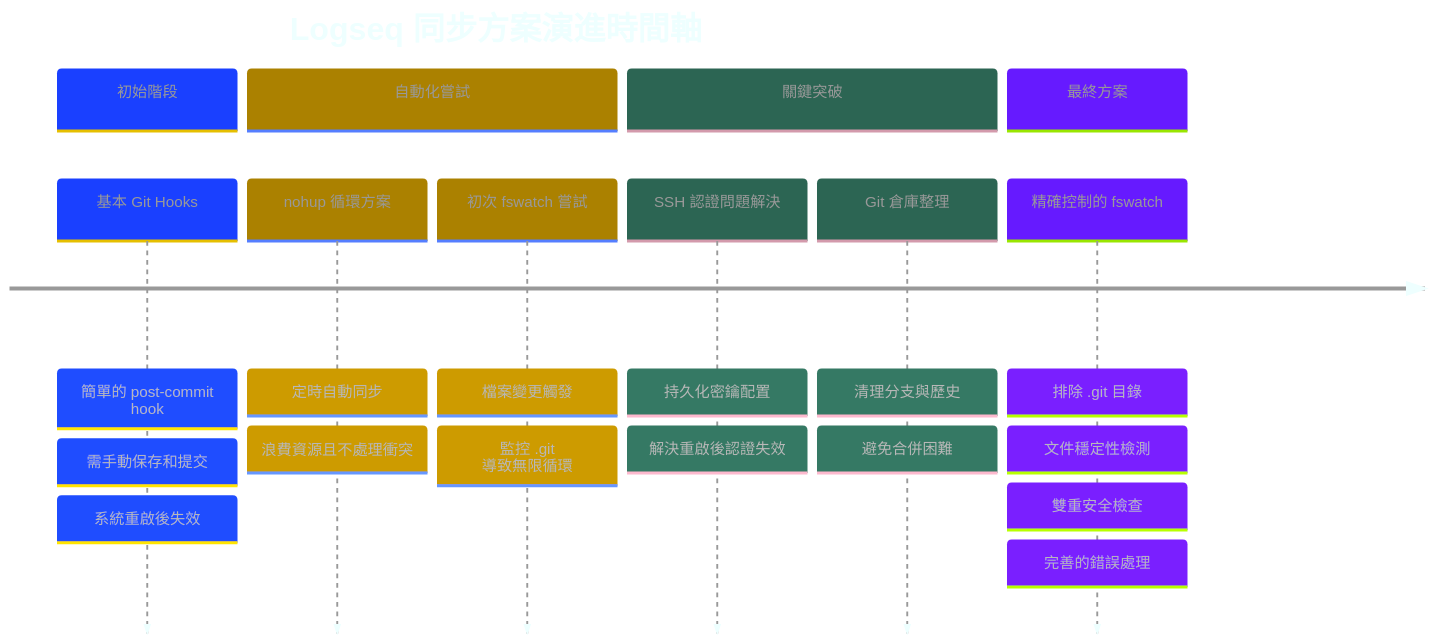
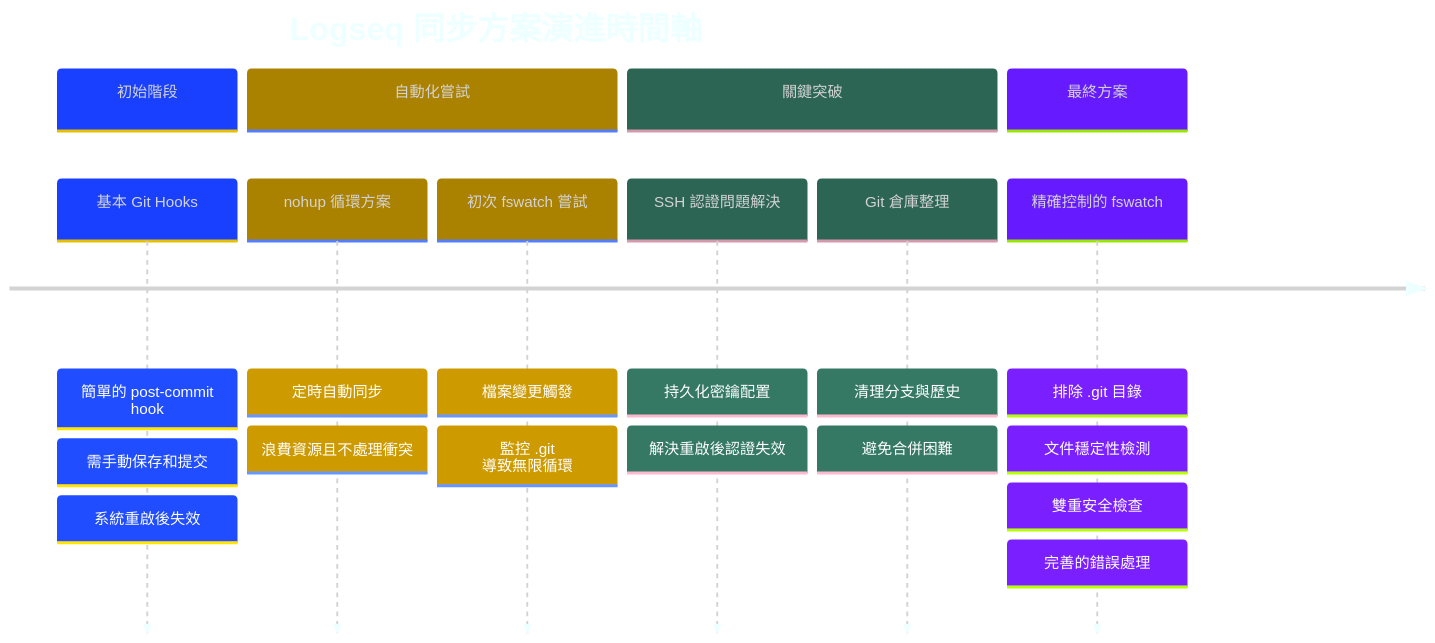
Before and after one commit to GengGeng026/Sync-Logseq: the first of 2 diagrams in Logseq同步方案演進記錄.md, drawn with Mermaid.

Commit message:
Auto saved by Logseq

````diff
--- a/Logseq同步方案演進記錄.md
+++ b/Logseq同步方案演進記錄.md
@@ -24,44 +24,44 @@
 ```mermaid
 %%{init: {
   'theme': 'base', 
   'themeVariables': {
     'primaryColor': '#99AAFF',
     'secondaryColor': '#FFCB2B',
     'tertiaryColor': '#59B79A',
-    'primaryTextColor': '#999999',
+    'primaryTextColor': 'lightgrey',
     'primaryBorderColor': '#59B79A',
     'lineColor': '#C792EA',
     'background': 'transparent',
     'textColor': '#EEFFFF',
     'nodeBorder': '#59B79A',
     'clusterBkg': 'transparent',
     'titleColor': '#EEFFFF',
     'sectionBkgColor': '#273747',
     'sectionBkgColor2': '#334455',
     'sectionBkgColor3': '#3A4A5A',
     'sectionBkgColor4': '#42546A',
     'sectionBkgColor5': '#4B5E78'
   }
 }}%%
 timeline
     title Logseq 同步方案演進時間軸
     section 初始階段
         基本 Git Hooks : 簡單的 post-commit hook
         : 需手動保存和提交
         : 系統重啟後失效
     section 自動化嘗試
         nohup 循環方案 : 定時自動同步
         : 浪費資源且不處理衝突
         初次 fswatch 嘗試 : 檔案變更觸發
         : 監控 .git 導致無限循環
     section 關鍵突破
         SSH 認證問題解決 : 持久化密鑰配置
         : 解決重啟後認證失效
         Git 倉庫整理 : 清理分支與歷史
         : 避免合併困難
     section 最終方案
         精確控制的 fswatch : 排除 .git 目錄
         : 文件穩定性檢測
         : 雙重安全檢查
         : 完善的錯誤處理
 ```
````
